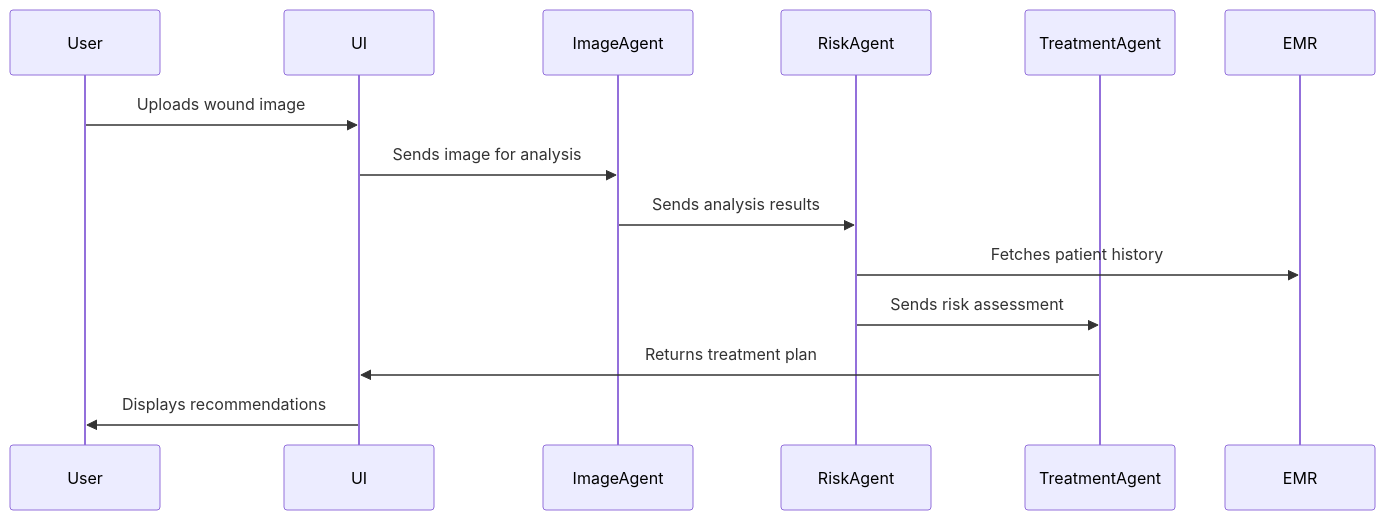
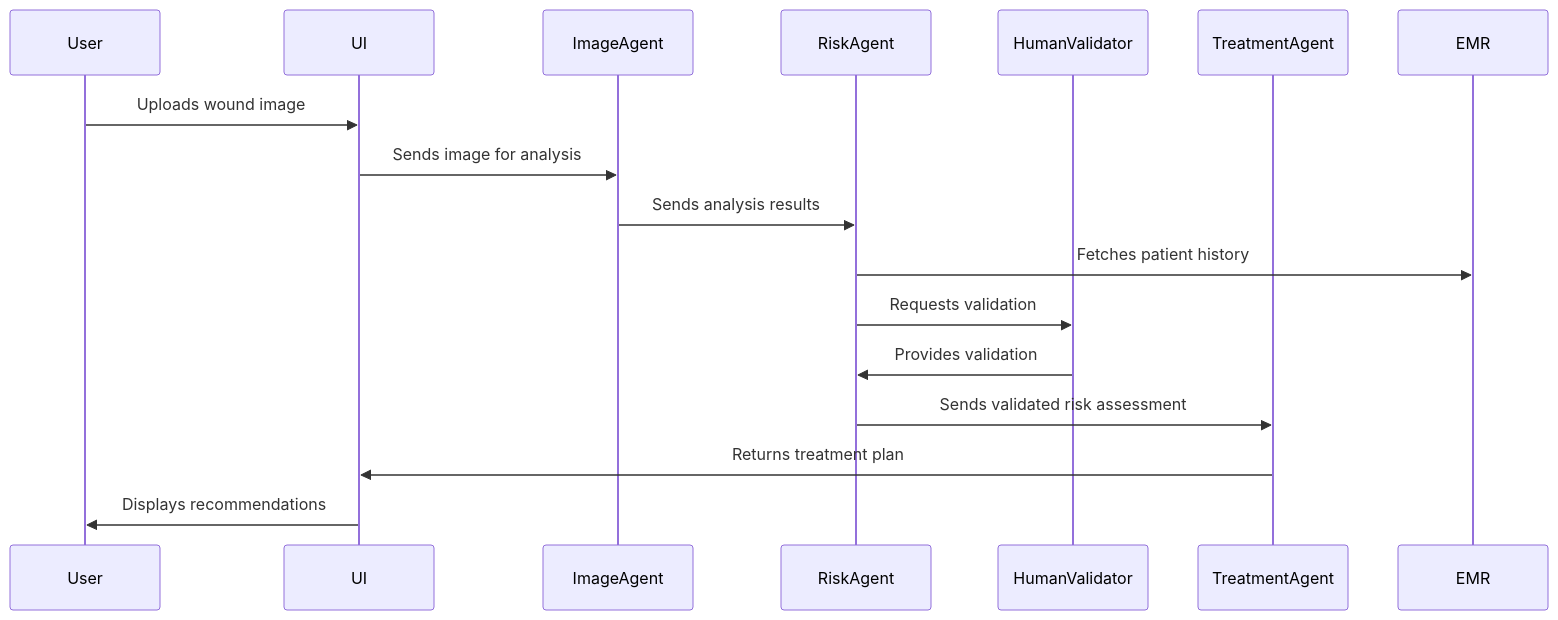
The second of 3 diagrams in memory-bank/systemPatterns.md (AutonomosCdM/lesiones_presion), drawn with Mermaid before and after one commit. The commit also changed other lines of this file and 16 other files, not shown here.

````diff
--- a/memory-bank/systemPatterns.md
+++ b/memory-bank/systemPatterns.md
@@ -63,17 +189,20 @@
 ```mermaid
 sequenceDiagram
     participant User
     participant UI
     participant ImageAgent
     participant RiskAgent
+    participant HumanValidator
     participant TreatmentAgent
     participant EMR
     
     User->>UI: Uploads wound image
     UI->>ImageAgent: Sends image for analysis
     ImageAgent->>RiskAgent: Sends analysis results
     RiskAgent->>EMR: Fetches patient history
-    RiskAgent->>TreatmentAgent: Sends risk assessment
+    RiskAgent->>HumanValidator: Requests validation
+    HumanValidator->>RiskAgent: Provides validation
+    RiskAgent->>TreatmentAgent: Sends validated risk assessment
     TreatmentAgent->>UI: Returns treatment plan
     UI->>User: Displays recommendations
 ```
````
